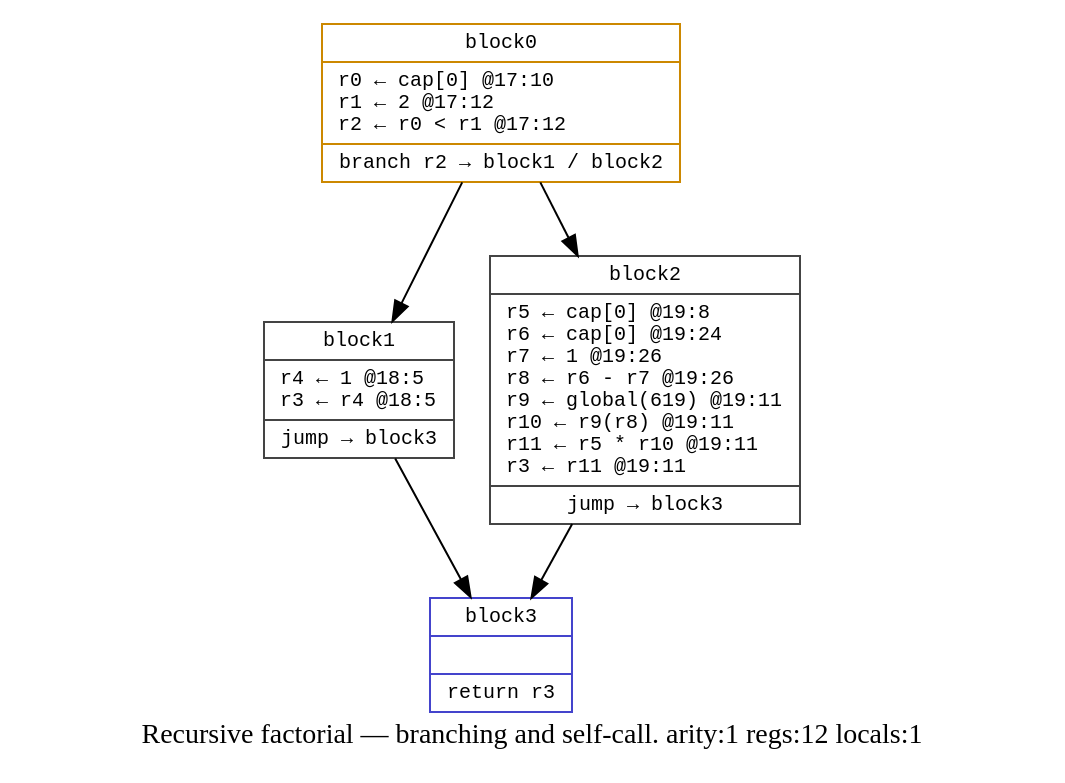
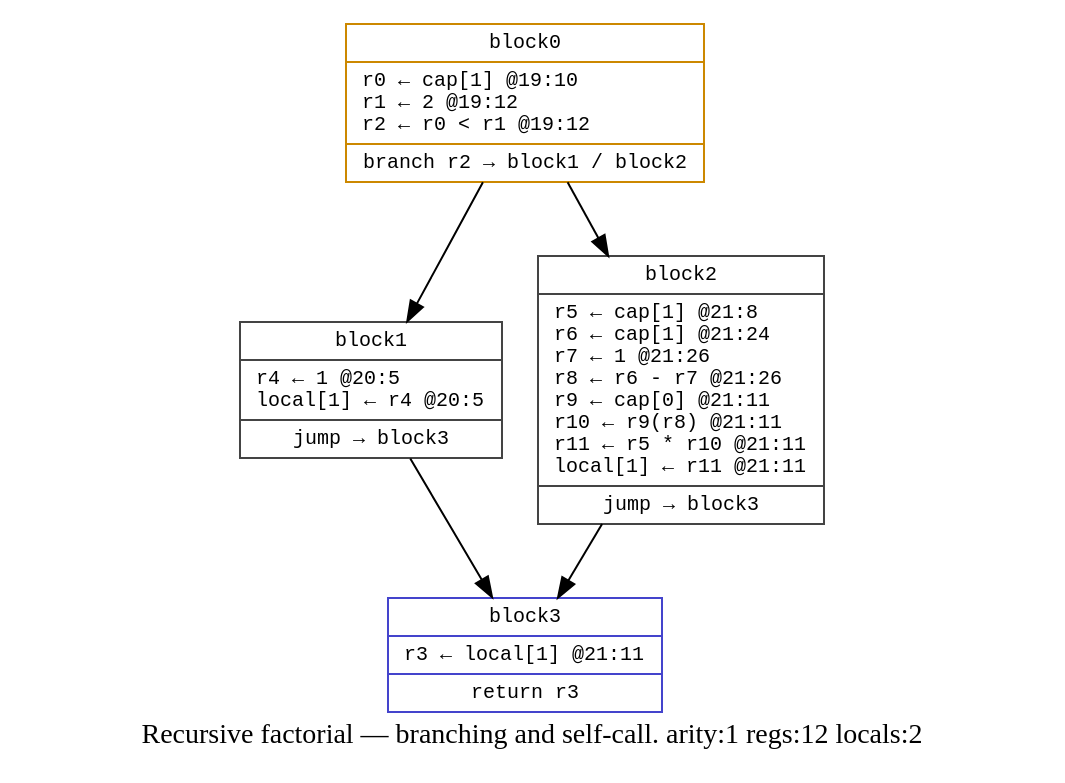
The diagram in demos/cfgviz/factorial.dot (elle-lisp/elle), drawn with Graphviz before and after one commit. The commit also changed 39 other files, not shown here.

```diff
--- a/demos/cfgviz/factorial.dot
+++ b/demos/cfgviz/factorial.dot
@@ -1,12 +1,12 @@
 digraph {
-  label="Recursive factorial — branching and self-call. arity:1 regs:12 locals:1";
+  label="Recursive factorial — branching and self-call. arity:1 regs:12 locals:2";
   node [shape=record fontname="monospace" fontsize=10];
-  block0 [color="#cc8800" label="{block0|r0 ← cap[0] @17:10\lr1 ← 2 @17:12\lr2 ← r0 \< r1 @17:12\l|branch r2 → block1 / block2}"];
+  block0 [color="#cc8800" label="{block0|r0 ← cap[1] @19:10\lr1 ← 2 @19:12\lr2 ← r0 \< r1 @19:12\l|branch r2 → block1 / block2}"];
   block0 -> block1;
   block0 -> block2;
-  block1 [color="#444444" label="{block1|r4 ← 1 @18:5\lr3 ← r4 @18:5\l|jump → block3}"];
+  block1 [color="#444444" label="{block1|r4 ← 1 @20:5\llocal[1] ← r4 @20:5\l|jump → block3}"];
   block1 -> block3;
-  block2 [color="#444444" label="{block2|r5 ← cap[0] @19:8\lr6 ← cap[0] @19:24\lr7 ← 1 @19:26\lr8 ← r6 - r7 @19:26\lr9 ← global(619) @19:11\lr10 ← r9(r8) @19:11\lr11 ← r5 * r10 @19:11\lr3 ← r11 @19:11\l|jump → block3}"];
+  block2 [color="#444444" label="{block2|r5 ← cap[1] @21:8\lr6 ← cap[1] @21:24\lr7 ← 1 @21:26\lr8 ← r6 - r7 @21:26\lr9 ← cap[0] @21:11\lr10 ← r9(r8) @21:11\lr11 ← r5 * r10 @21:11\llocal[1] ← r11 @21:11\l|jump → block3}"];
   block2 -> block3;
-  block3 [color="#4444cc" label="{block3||return r3}"];
+  block3 [color="#4444cc" label="{block3|r3 ← local[1] @21:11\l|return r3}"];
 }
```
